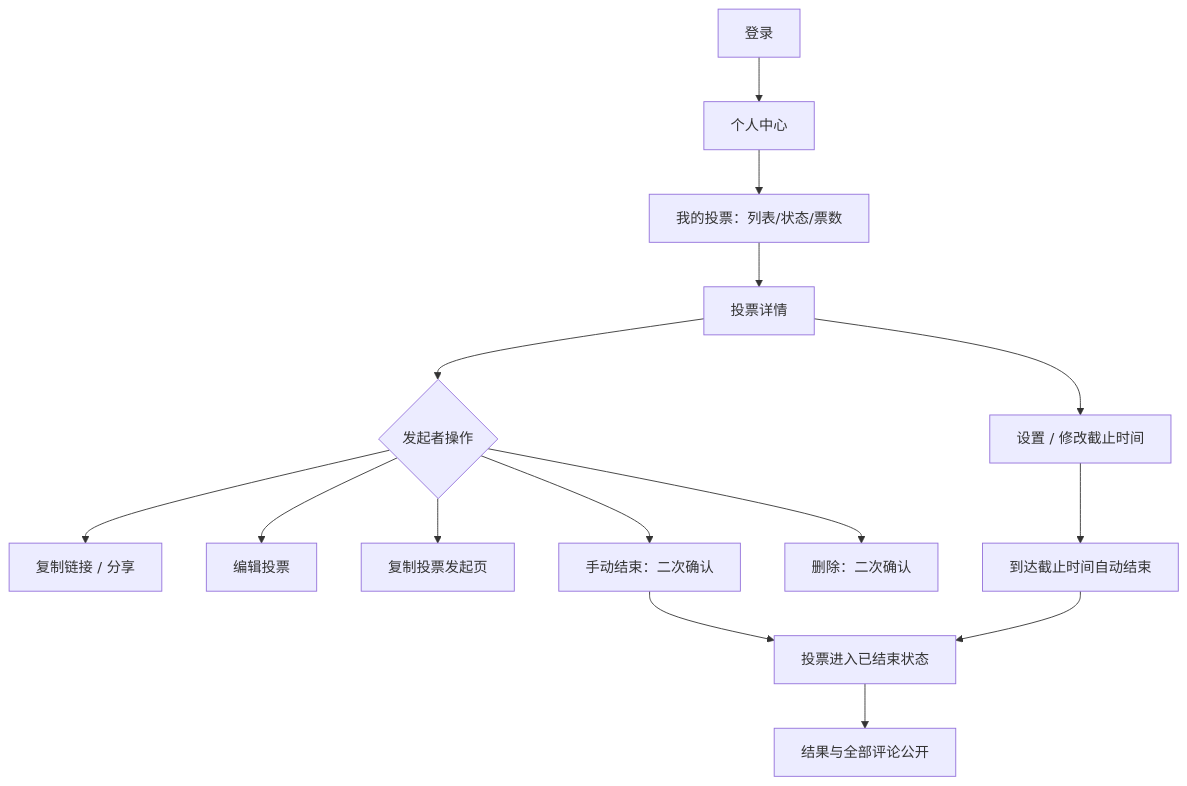
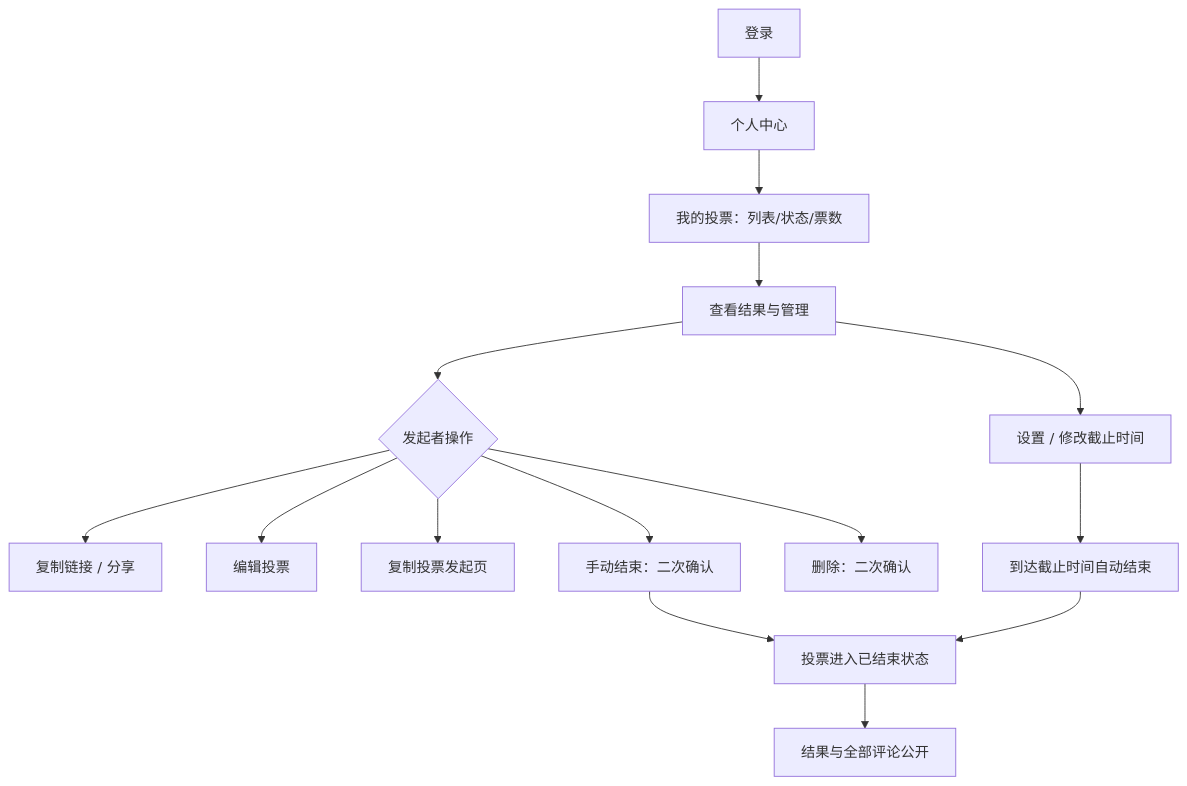
One commit to sd5913/The-Aliien-Repo changed the fourth of 7 diagrams in docs/PRD.md. Above: the diagram before and after it, drawn with Mermaid. The commit also changed other lines of this file and 2 other files, not shown here.

Commit message:
feat: update User Flow documentation to include soft login process and add English version

````diff
--- a/docs/PRD.md
+++ b/docs/PRD.md
@@ -288,17 +270,17 @@
 ```mermaid
 flowchart TD
     A[登录] --> B[个人中心]
     B --> C[我的投票：列表/状态/票数]
-    C --> D[投票详情]
+    C --> D[查看结果与管理]
     D --> E{发起者操作}
     E --> F[复制链接 / 分享]
     E --> G[编辑投票]
     E --> H[复制投票发起页]
     E --> I[手动结束：二次确认]
     E --> J[删除：二次确认]
     D --> K[设置 / 修改截止时间]
     K --> L[到达截止时间自动结束]
     I --> M[投票进入已结束状态]
     L --> M
     M --> N[结果与全部评论公开]
 ```
````
